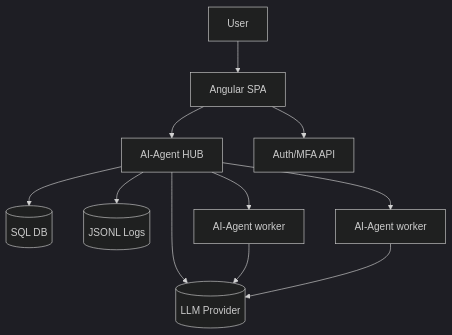
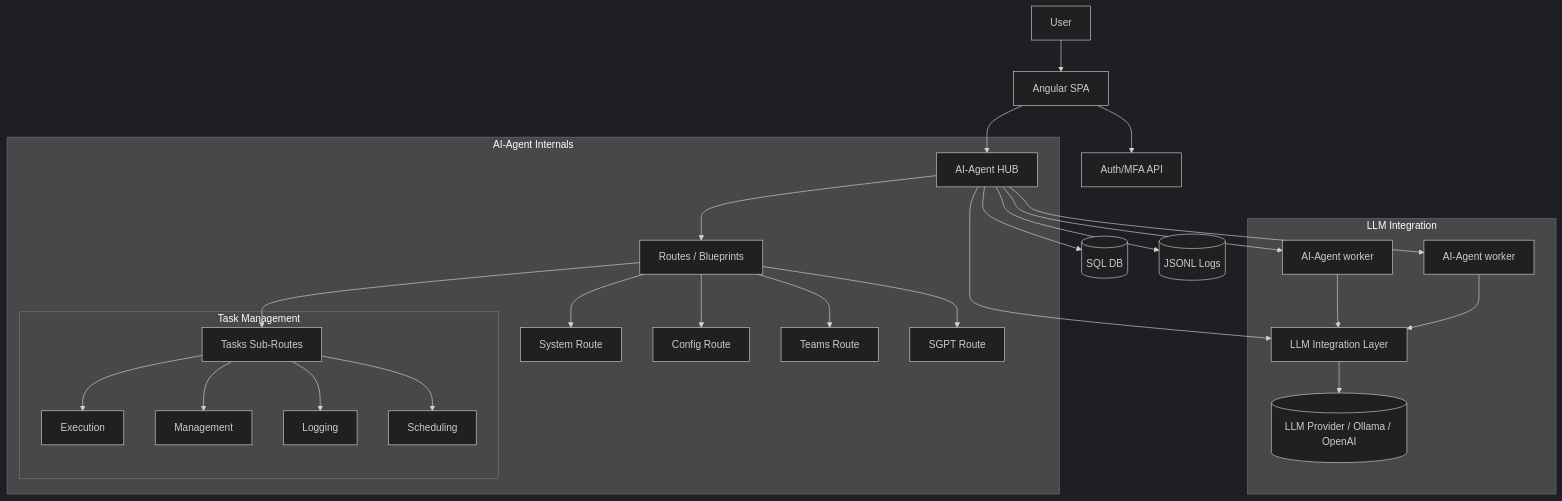
The diagram in architektur/uml/component-diagram.mmd (ananta888/ananta), drawn with Mermaid (dark theme) before and after one commit. The commit also changed 3 other files, not shown here.

Commit message:
Refactor UML diagrams to integrate a dedicated LLM integration layer, update class structures, and revise todo.json with new bug tracking on LLM retry failures.

```diff
--- a/architektur/uml/component-diagram.mmd
+++ b/architektur/uml/component-diagram.mmd
@@ -1,12 +1,33 @@
 
 graph TD
   User[User] --> Angular[Angular SPA]
   Angular --> Hub[AI-Agent HUB]
   Angular --> Auth[Auth/MFA API]
+  
+  subgraph Agent_Internal [AI-Agent Internals]
+    Hub --> Routes[Routes / Blueprints]
+    Routes --> System[System Route]
+    Routes --> Config[Config Route]
+    Routes --> Teams[Teams Route]
+    Routes --> SGPT[SGPT Route]
+    Routes --> Tasks[Tasks Sub-Routes]
+    
+    subgraph Task_Routes [Task Management]
+        Tasks --> TaskExecution[Execution]
+        Tasks --> TaskManagement[Management]
+        Tasks --> TaskLogging[Logging]
+        Tasks --> TaskScheduling[Scheduling]
+    end
+  end
+
   Hub --> DB[(SQL DB)]
   Hub --> Logs[(JSONL Logs)]
   Hub --> Worker1[AI-Agent worker]
   Hub --> Worker2[AI-Agent worker]
-  Hub --> LLM[(LLM Provider)]
-  Worker1 --> LLM
-  Worker2 --> LLM
+  
+  subgraph AI_Providers [LLM Integration]
+    Hub --> LLM_Int[LLM Integration Layer]
+    Worker1 --> LLM_Int
+    Worker2 --> LLM_Int
+    LLM_Int --> LLM[(LLM Provider / Ollama / OpenAI)]
+  end
```
